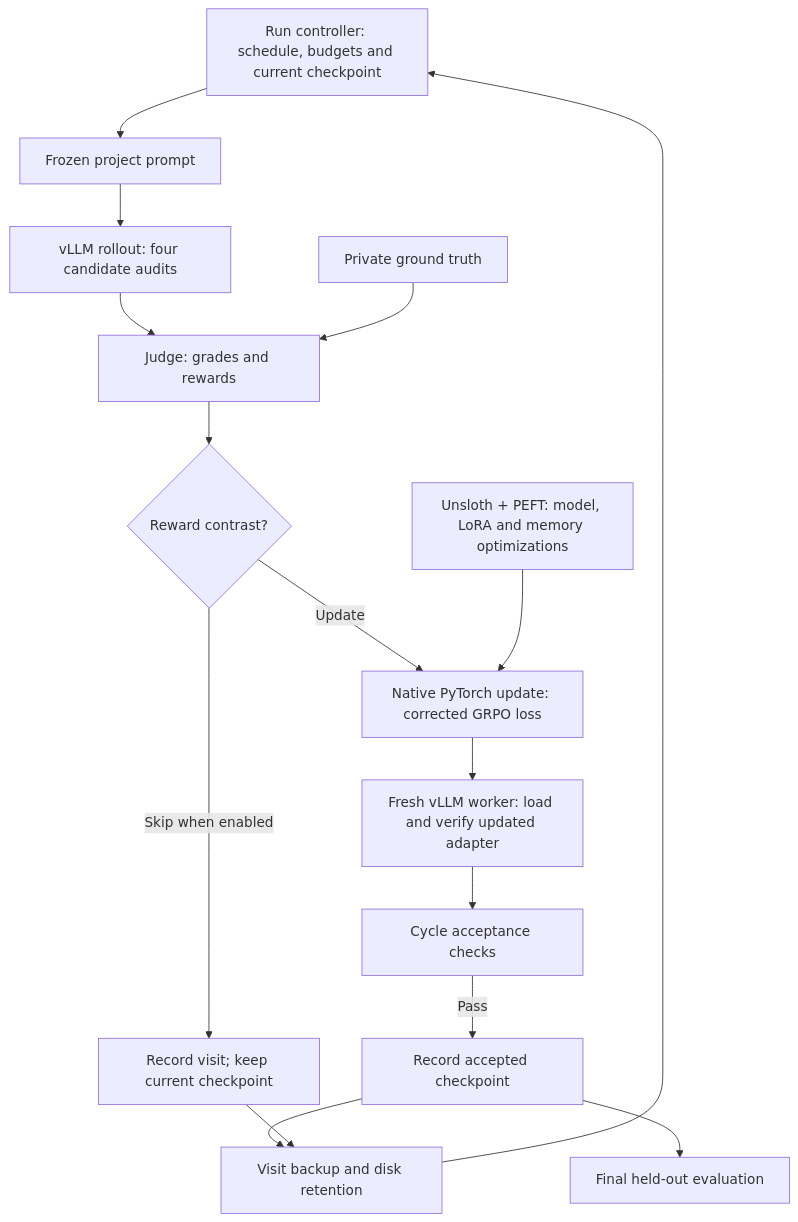
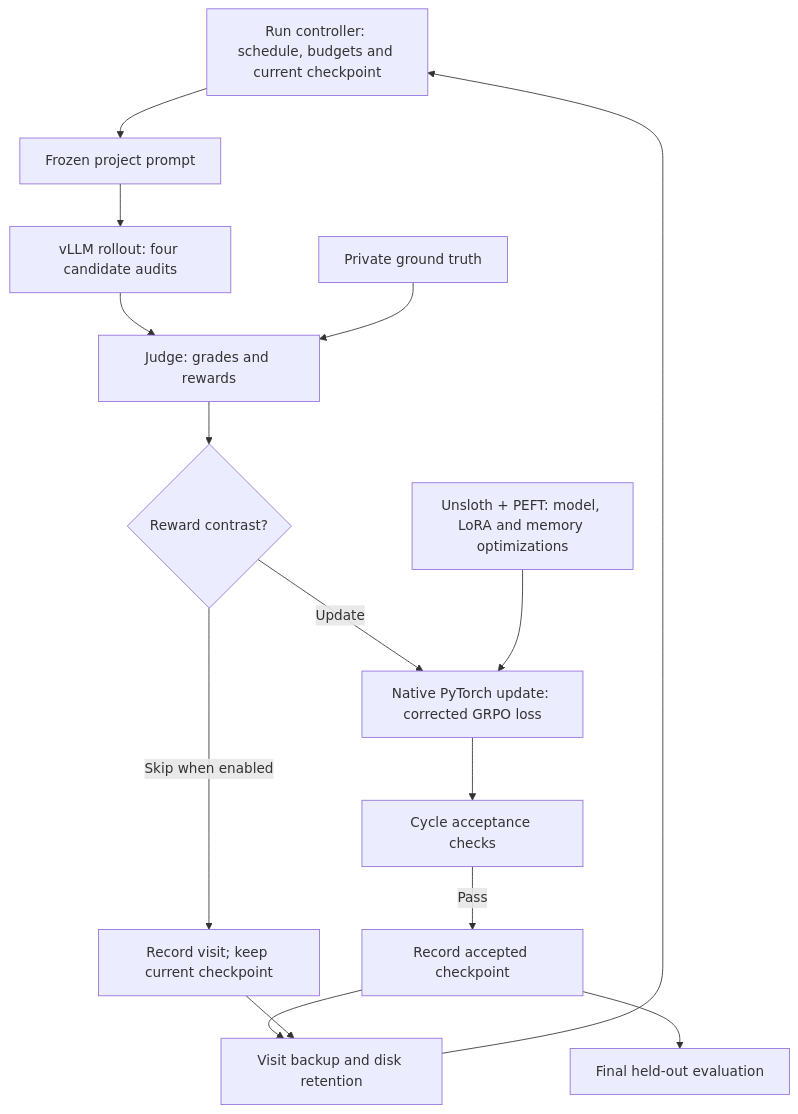
Before and after one commit to hyonbokan/audit-grpo-runtime: the diagram in README.md, drawn with Mermaid. The commit also changed other lines of this file and 12 other files, not shown here.

````diff
--- a/README.md
+++ b/README.md
@@ -34,18 +34,17 @@
 ```mermaid
 flowchart TD
     C["Run controller: schedule, budgets and current checkpoint"] --> P["Frozen project prompt"]
     P --> R["vLLM rollout: four candidate audits"]
     R --> J["Judge: grades and rewards"]
     G["Private ground truth"] --> J
     J --> D{"Reward contrast?"}
     D -->|"Update"| U["Native PyTorch update: corrected GRPO loss"]
     L["Unsloth + PEFT: model, LoRA and memory optimizations"] --> U
-    U --> F["Fresh vLLM worker: load and verify updated adapter"]
-    F --> A["Cycle acceptance checks"]
+    U --> A["Cycle acceptance checks"]
     A -->|"Pass"| K["Record accepted checkpoint"]
     D -->|"Skip when enabled"| S["Record visit; keep current checkpoint"]
     K --> B["Visit backup and disk retention"]
     S --> B
     B --> C
     K --> V["Final held-out evaluation"]
 ```
````
